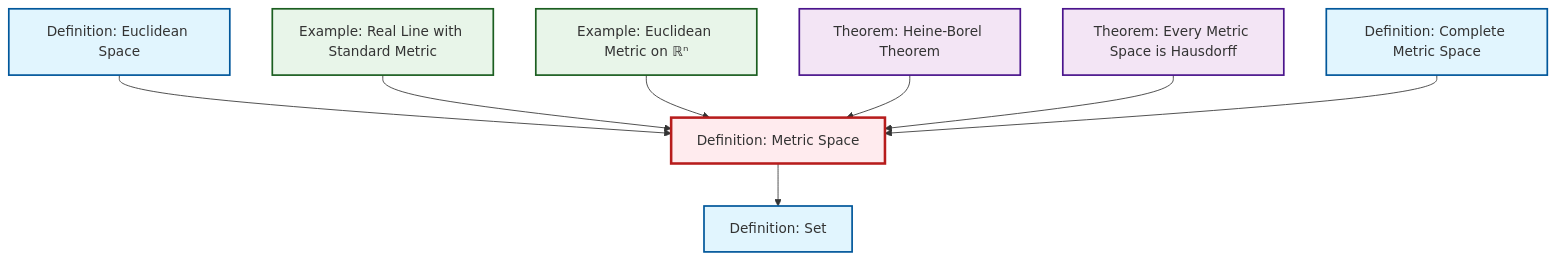
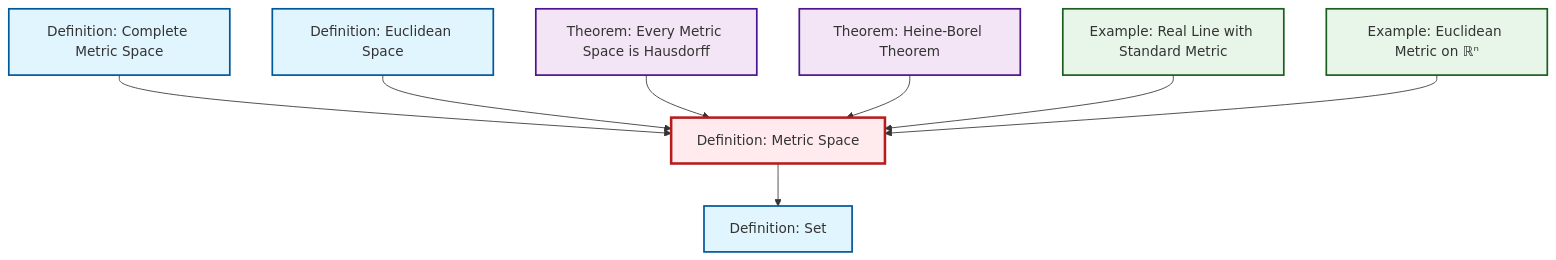
One commit to RK0429/ModernMath changed the diagram in content/ja/analysis/def-metric-space.qmd. Above: the diagram before and after it, drawn with Mermaid. The commit also changed other lines of this file and 434 other files, not shown here.

````diff
--- a/content/ja/analysis/def-metric-space.qmd
+++ b/content/ja/analysis/def-metric-space.qmd
@@ -51,32 +51,32 @@
 ```{mermaid}
 %%| fig-cap: "Local dependency graph"
 graph TD
     classDef definition fill:#e1f5fe,stroke:#01579b,stroke-width:2px
     classDef theorem fill:#f3e5f5,stroke:#4a148c,stroke-width:2px
     classDef axiom fill:#fff3e0,stroke:#e65100,stroke-width:2px
     classDef example fill:#e8f5e9,stroke:#1b5e20,stroke-width:2px
     classDef current fill:#ffebee,stroke:#b71c1c,stroke-width:3px
+    def-set["Definition: Set"]:::definition
+    def-complete-metric-space["Definition: Complete Metric Space"]:::definition
     def-euclidean-space["Definition: Euclidean Space"]:::definition
+    def-metric-space["Definition: Metric Space"]:::definition
+    thm-heine-borel["Theorem: Heine-Borel Theorem"]:::theorem
     ex-euclidean-metric["Example: Euclidean Metric on ℝⁿ"]:::example
+    ex-real-line-metric["Example: Real Line with Standard Metric"]:::example
     thm-metric-hausdorff["Theorem: Every Metric Space is Hausdorff"]:::theorem
-    def-complete-metric-space["Definition: Complete Metric Space"]:::definition
-    def-metric-space["Definition: Metric Space"]:::definition
-    def-set["Definition: Set"]:::definition
-    ex-real-line-metric["Example: Real Line with Standard Metric"]:::example
-    thm-heine-borel["Theorem: Heine-Borel Theorem"]:::theorem
+    def-complete-metric-space --> def-metric-space
     def-metric-space --> def-set
     def-euclidean-space --> def-metric-space
+    thm-metric-hausdorff --> def-metric-space
+    thm-heine-borel --> def-metric-space
     ex-real-line-metric --> def-metric-space
     ex-euclidean-metric --> def-metric-space
-    thm-heine-borel --> def-metric-space
-    thm-metric-hausdorff --> def-metric-space
-    def-complete-metric-space --> def-metric-space
     class def-metric-space current
+    click def-set "def-set.html" "Definition: Setへ"
+    click def-complete-metric-space "def-complete-metric-space.html" "Definition: Complete Metric Spaceへ"
     click def-euclidean-space "def-euclidean-space.html" "Definition: Euclidean Spaceへ"
+    click thm-heine-borel "thm-heine-borel.html" "Theorem: Heine-Borel Theoremへ"
     click ex-euclidean-metric "ex-euclidean-metric.html" "Example: Euclidean Metric on ℝⁿへ"
+    click ex-real-line-metric "ex-real-line-metric.html" "Example: Real Line with Standard Metricへ"
     click thm-metric-hausdorff "thm-metric-hausdorff.html" "Theorem: Every Metric Space is Hausdorffへ"
-    click def-complete-metric-space "def-complete-metric-space.html" "Definition: Complete Metric Spaceへ"
-    click def-set "def-set.html" "Definition: Setへ"
-    click ex-real-line-metric "ex-real-line-metric.html" "Example: Real Line with Standard Metricへ"
-    click thm-heine-borel "thm-heine-borel.html" "Theorem: Heine-Borel Theoremへ"
 ```
````
